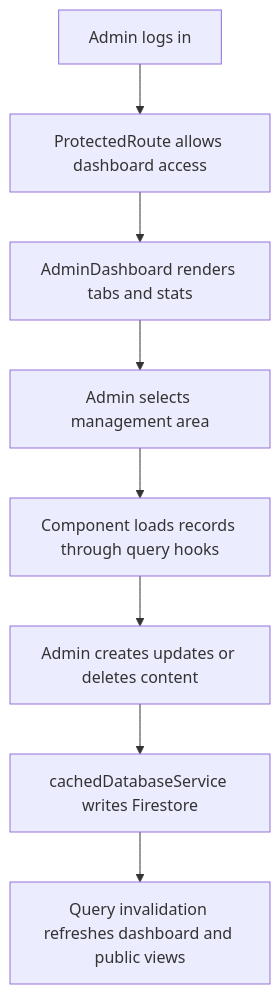
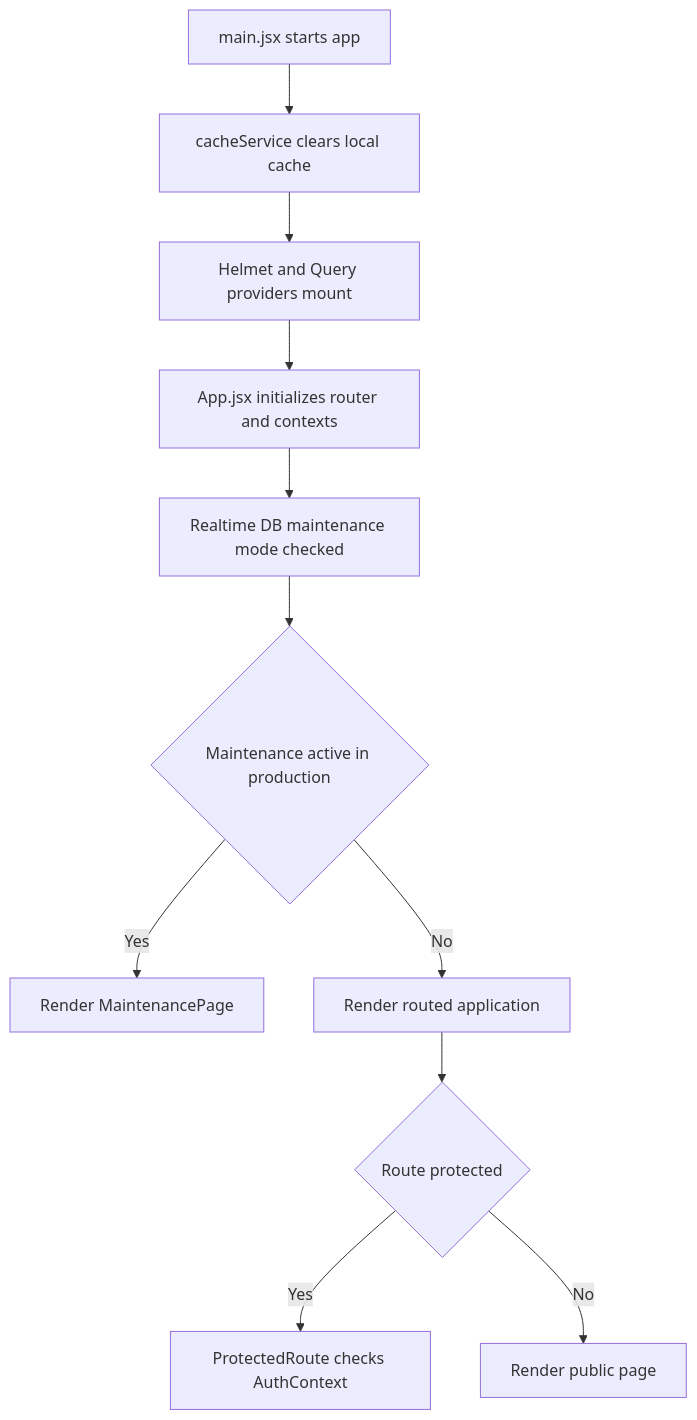
The diagram in 05-admin-content-management-module.md (RK-001/DadachishalaKB), drawn with Mermaid before and after one commit. The commit also changed other lines of this file, not shown here.

````diff
--- a/05-admin-content-management-module.md
+++ b/05-admin-content-management-module.md
@@ -37,10 +39,13 @@
 ```mermaid
 flowchart TD
-    A[Admin logs in] --> B[ProtectedRoute allows dashboard access]
-    B --> C[AdminDashboard renders tabs and stats]
-    C --> D[Admin selects management area]
-    D --> E[Component loads records through query hooks]
-    E --> F[Admin creates updates or deletes content]
-    F --> G[cachedDatabaseService writes Firestore]
-    G --> H[Query invalidation refreshes dashboard and public views]
+    A[main.jsx starts app] --> B[cacheService clears local cache]
+    B --> C[Helmet and Query providers mount]
+    C --> D[App.jsx initializes router and contexts]
+    D --> E[Realtime DB maintenance mode checked]
+    E --> F{Maintenance active in production}
+    F -->|Yes| G[Render MaintenancePage]
+    F -->|No| H[Render routed application]
+    H --> I{Route protected}
+    I -->|Yes| J[ProtectedRoute checks AuthContext]
+    I -->|No| K[Render public page]
 ```
````
